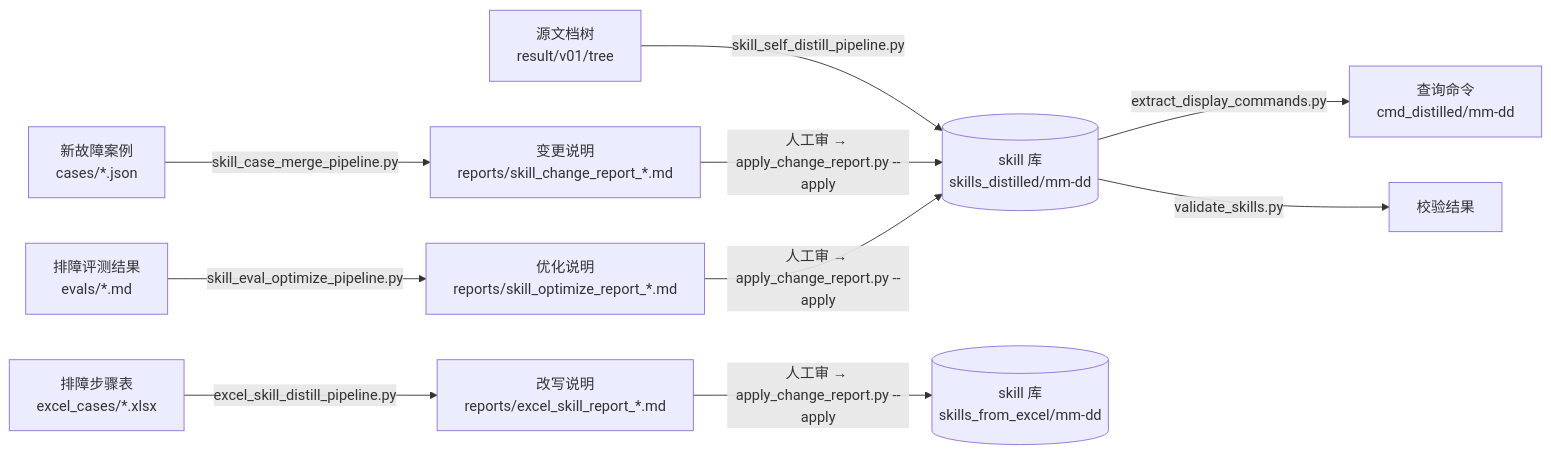
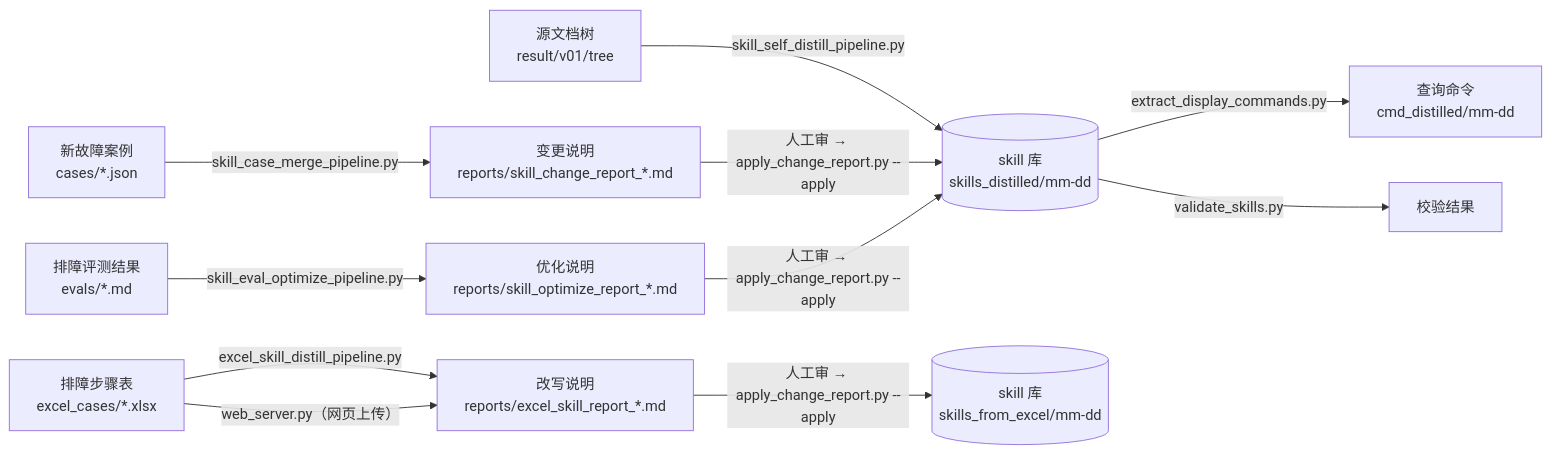
Before and after one commit to kellyCatCat/skill_distill: the diagram in README.md, drawn with Mermaid. The commit also changed other lines of this file and 4 other files, not shown here.

````diff
--- a/README.md
+++ b/README.md
@@ -9,12 +9,13 @@
 ```mermaid
 flowchart LR
     A["源文档树<br/>result/v01/tree"] -- skill_self_distill_pipeline.py --> B[("skill 库<br/>skills_distilled/mm-dd")]
     X["排障步骤表<br/>excel_cases/*.xlsx"] -- excel_skill_distill_pipeline.py --> R3["改写说明<br/>reports/excel_skill_report_*.md"]
+    X -- "web_server.py（网页上传）" --> R3
     C["新故障案例<br/>cases/*.json"] -- skill_case_merge_pipeline.py --> R1["变更说明<br/>reports/skill_change_report_*.md"]
     D["排障评测结果<br/>evals/*.md"] -- skill_eval_optimize_pipeline.py --> R2["优化说明<br/>reports/skill_optimize_report_*.md"]
     R3 -- "人工审 → apply_change_report.py --apply" --> G[("skill 库<br/>skills_from_excel/mm-dd")]
     R1 -- "人工审 → apply_change_report.py --apply" --> B
     R2 -- "人工审 → apply_change_report.py --apply" --> B
     B -- extract_display_commands.py --> E["查询命令<br/>cmd_distilled/mm-dd"]
     B -- validate_skills.py --> F["校验结果"]
 ```
````
